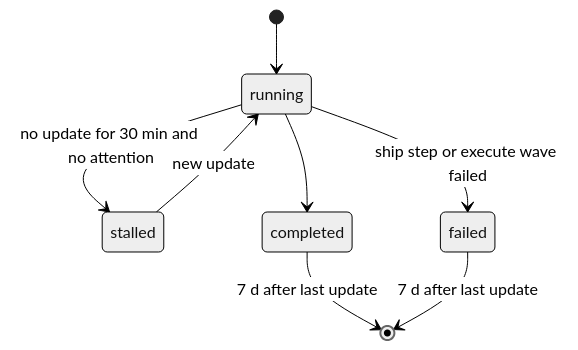
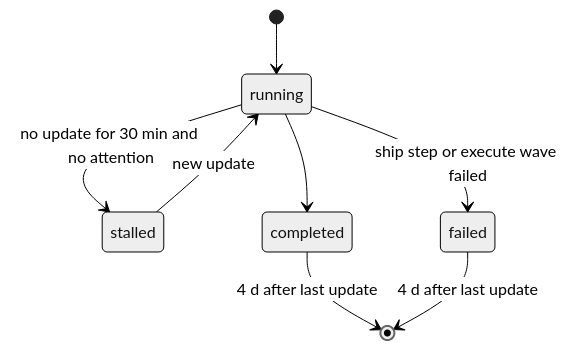
The third of 8 diagrams in openspec/specs/pipeline-dashboard/spec.md (rnagrodzki/sdlc-plugin), drawn with Mermaid (neutral theme) before and after one commit. The commit also changed other lines of this file and 51 other files, not shown here.

````diff
--- a/openspec/specs/pipeline-dashboard/spec.md
+++ b/openspec/specs/pipeline-dashboard/spec.md
@@ -197,10 +215,10 @@
 ```mermaid
 stateDiagram-v2
   [*] --> running
   running --> stalled: no update for 30 min and no attention
   stalled --> running: new update
   running --> completed
   running --> failed: ship step or execute wave failed
-  completed --> [*]: 7 d after last update
-  failed --> [*]: 7 d after last update
+  completed --> [*]: 4 d after last update
+  failed --> [*]: 4 d after last update
 ```
````
